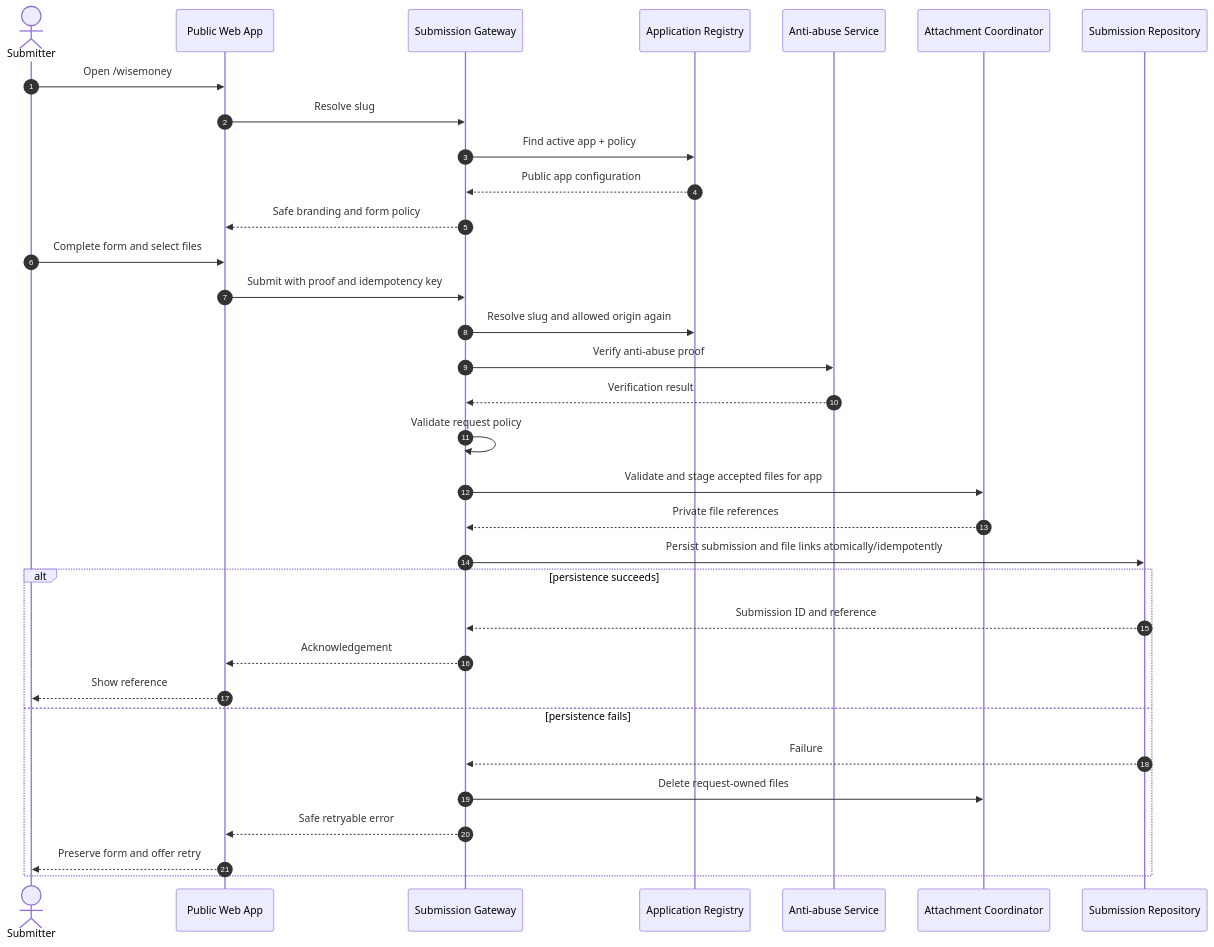
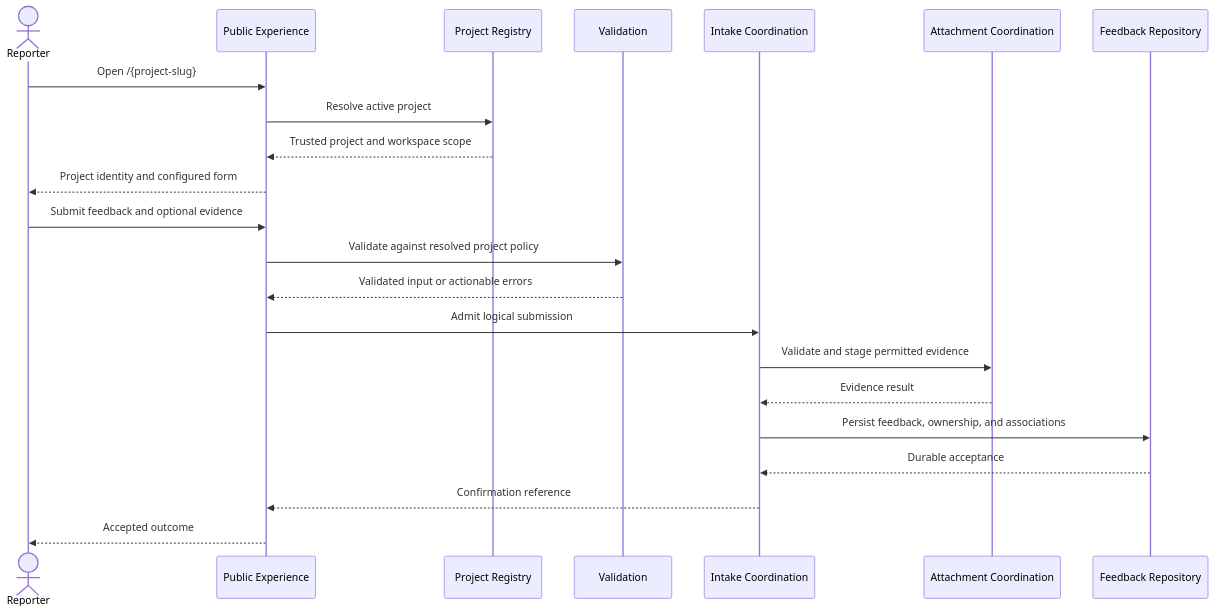
The third of 4 diagrams in docs/05_MODELING.md (Y4NN777/y7-feedback-mngt-system), drawn with Mermaid before and after one commit. The commit also changed other lines of this file and 5 other files, not shown here.

````diff
--- a/docs/05_MODELING.md
+++ b/docs/05_MODELING.md
@@ -81,36 +62,25 @@
 ```mermaid
 sequenceDiagram
-  autonumber
-  actor U as Submitter
-  participant W as Public Web App
-  participant G as Submission Gateway
-  participant R as Application Registry
-  participant T as Anti-abuse Service
-  participant F as Attachment Coordinator
-  participant S as Submission Repository
+    actor R as Reporter
+    participant P as Public Experience
+    participant G as Project Registry
+    participant V as Validation
+    participant I as Intake Coordination
+    participant A as Attachment Coordination
+    participant F as Feedback Repository
 
-  U->>W: Open /wisemoney
-  W->>G: Resolve slug
-  G->>R: Find active app + policy
-  R-->>G: Public app configuration
-  G-->>W: Safe branding and form policy
-  U->>W: Complete form and select files
-  W->>G: Submit with proof and idempotency key
-  G->>R: Resolve slug and allowed origin again
-  G->>T: Verify anti-abuse proof
-  T-->>G: Verification result
-  G->>G: Validate request policy
-  G->>F: Validate and stage accepted files for app
-  F-->>G: Private file references
-  G->>S: Persist submission and file links atomically/idempotently
-  alt persistence succeeds
-    S-->>G: Submission ID and reference
-    G-->>W: Acknowledgement
-    W-->>U: Show reference
-  else persistence fails
-    S-->>G: Failure
-    G->>F: Delete request-owned files
-    G-->>W: Safe retryable error
-    W-->>U: Preserve form and offer retry
-  end
+    R->>P: Open /{project-slug}
+    P->>G: Resolve active project
+    G-->>P: Trusted project and workspace scope
+    P-->>R: Project identity and configured form
+    R->>P: Submit feedback and optional evidence
+    P->>V: Validate against resolved project policy
+    V-->>P: Validated input or actionable errors
+    P->>I: Admit logical submission
+    I->>A: Validate and stage permitted evidence
+    A-->>I: Evidence result
+    I->>F: Persist feedback, ownership, and associations
+    F-->>I: Durable acceptance
+    I-->>P: Confirmation reference
+    P-->>R: Accepted outcome
 ```
````
